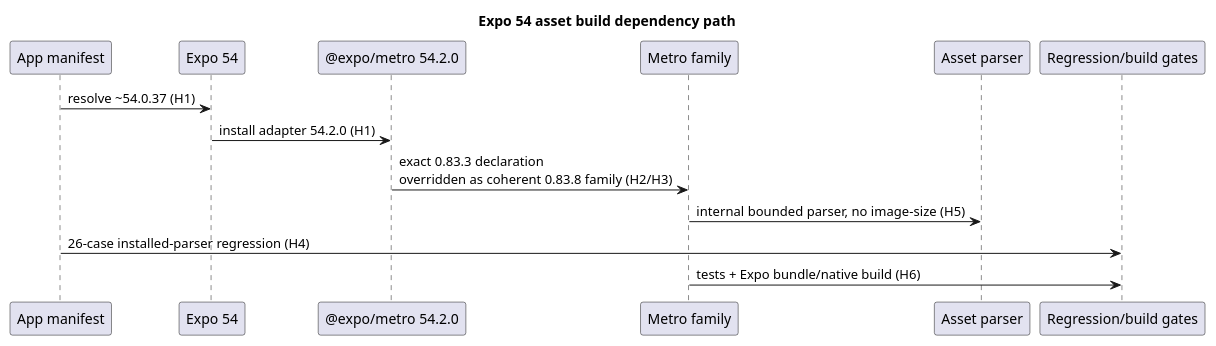
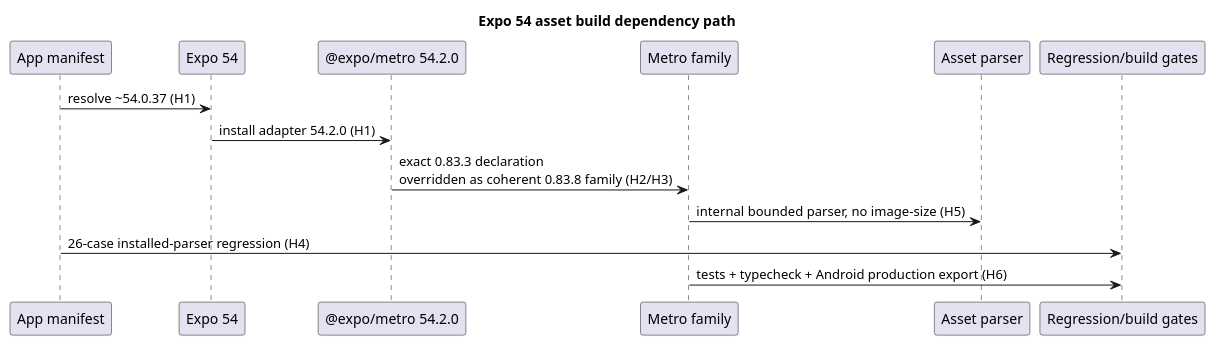
Before and after one commit to NeaBouli/pnyx: diagram 15 of 15 in docs/architecture/main-path.puml, drawn with PlantUML. The commit also changed 2 other files, not shown here.

Commit message:
docs(map): EKA-29 marks the image-size backport as pre-migration, validation = tests + Android export (CodeRabbit #404)

```diff
--- a/docs/architecture/main-path.puml
+++ b/docs/architecture/main-path.puml
@@ -446,17 +446,17 @@
 @startuml
 title Expo 54 asset build dependency path
 
 participant "App manifest" as APP
 participant "Expo 54" as EXPO
 participant "@expo/metro 54.2.0" as EM
 participant "Metro family" as METRO
 participant "Asset parser" as PARSER
 participant "Regression/build gates" as GATES
 
 APP -> EXPO : resolve ~54.0.37 (H1)
 EXPO -> EM : install adapter 54.2.0 (H1)
 EM -> METRO : exact 0.83.3 declaration\noverridden as coherent 0.83.8 family (H2/H3)
 METRO -> PARSER : internal bounded parser, no image-size (H5)
 APP -> GATES : 26-case installed-parser regression (H4)
-METRO -> GATES : tests + Expo bundle/native build (H6)
+METRO -> GATES : tests + typecheck + Android production export (H6)
 @enduml
```
